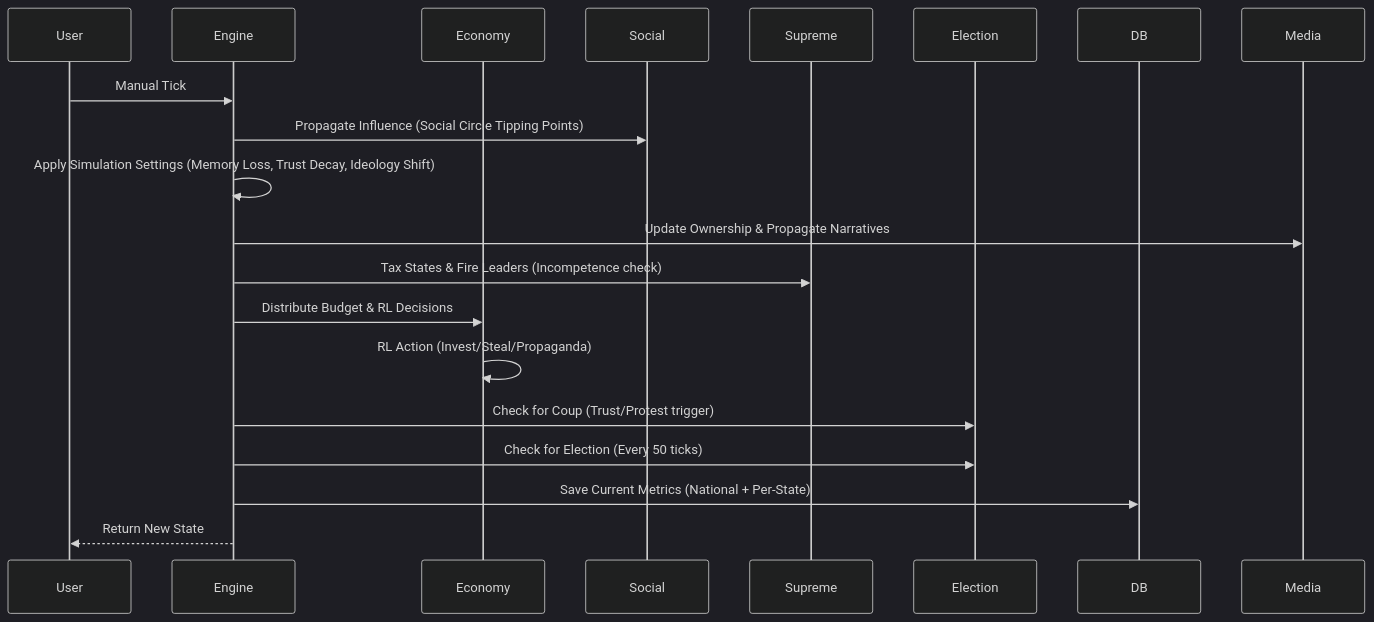
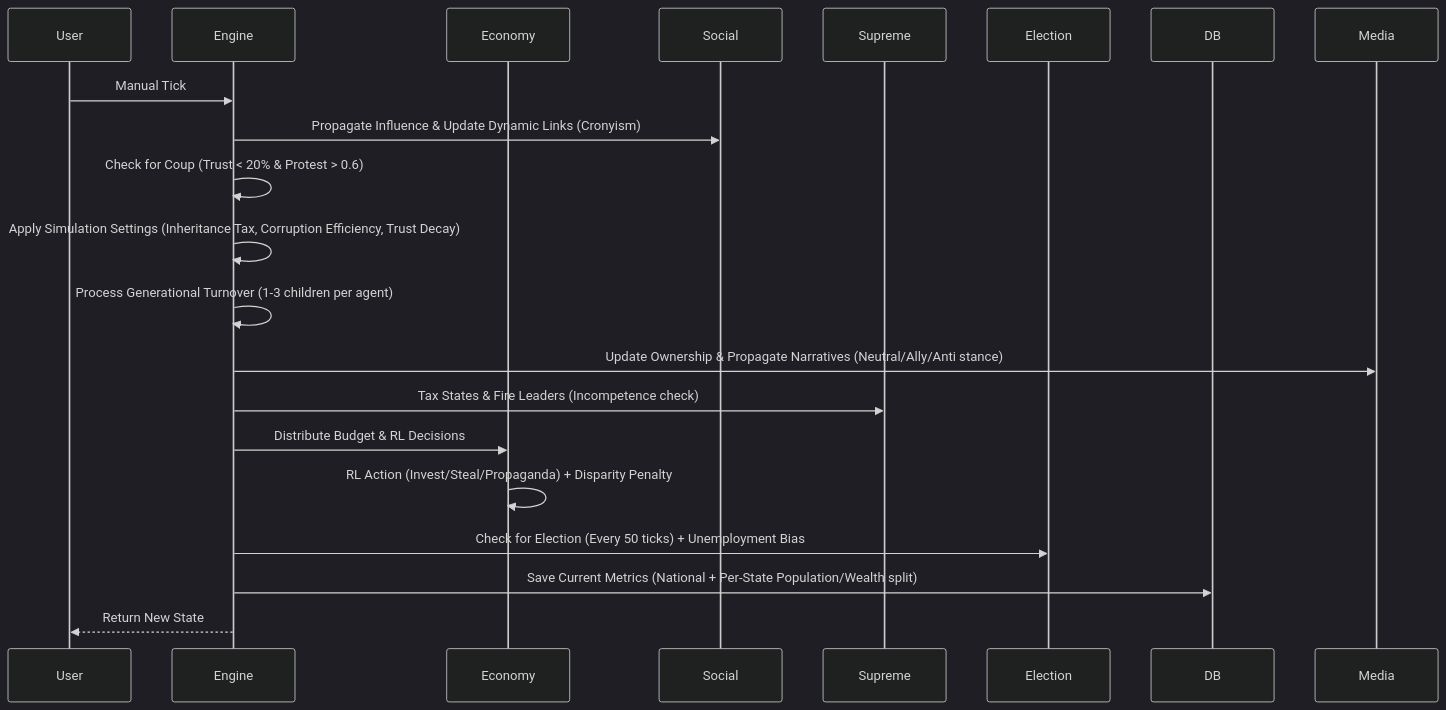
The second of 2 diagrams in docs/architecture.md (Ganesh01110/socio-political-multiagent-swarm), drawn with Mermaid (dark theme) before and after one commit. The commit also changed other lines of this file and 7 other files, not shown here.

````diff
--- a/docs/architecture.md
+++ b/docs/architecture.md
@@ -48,24 +48,26 @@
 ```mermaid
 sequenceDiagram
     participant User
     participant Engine
     participant Economy
     participant Social
     participant Supreme
     participant Election
     participant DB
 
     User->>Engine: Manual Tick
-    Engine->>Social: Propagate Influence (Social Circle Tipping Points)
-    Engine->>Engine: Apply Simulation Settings (Memory Loss, Trust Decay, Ideology Shift)
-    Engine->>Media: Update Ownership & Propagate Narratives
+    Engine->>Social: Propagate Influence & Update Dynamic Links (Cronyism)
+    Engine->>Engine: Check for Coup (Trust < 20% & Protest > 0.6)
+    Engine->>Engine: Apply Simulation Settings (Inheritance Tax, Corruption Efficiency, Trust Decay)
+    Engine->>Engine: Process Generational Turnover (1-3 children per agent)
+    Engine->>Media: Update Ownership & Propagate Narratives (Neutral/Ally/Anti stance)
     Engine->>Supreme: Tax States & Fire Leaders (Incompetence check)
     Engine->>Economy: Distribute Budget & RL Decisions
-    Economy->>Economy: RL Action (Invest/Steal/Propaganda)
-    Engine->>Election: Check for Coup (Trust/Protest trigger)
-    Engine->>Election: Check for Election (Every 50 ticks)
-    Engine->>DB: Save Current Metrics (National + Per-State)
+    Economy->>Economy: RL Action (Invest/Steal/Propaganda) + Disparity Penalty
+    Engine->>Election: Check for Election (Every 50 ticks) + Unemployment Bias
+    Engine->>DB: Save Current Metrics (National + Per-State Population/Wealth split)
     Engine-->>User: Return New State
 
 
+
 ```
````
